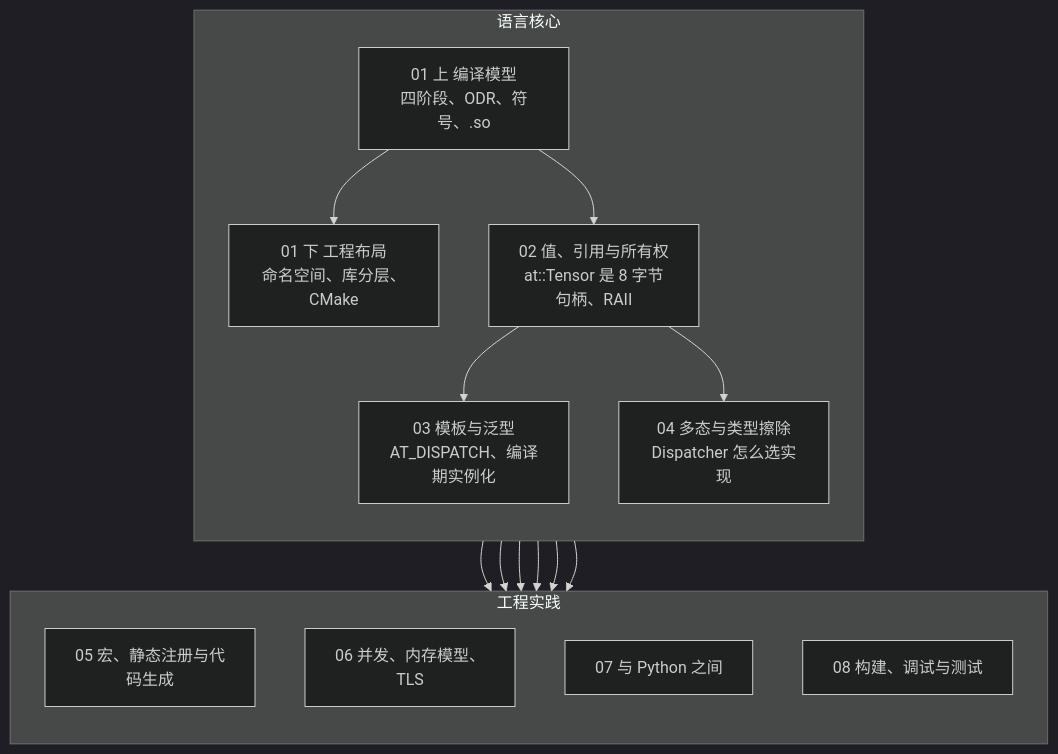
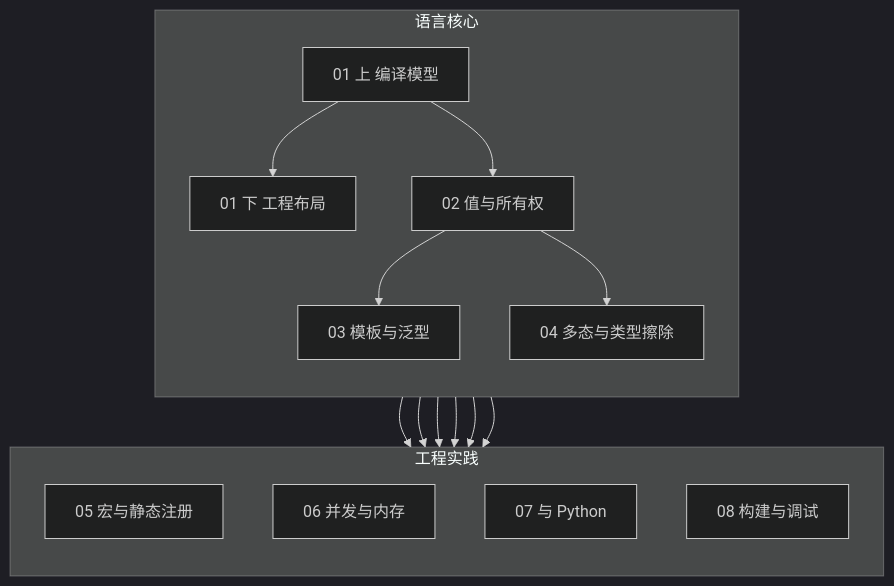
Before and after one commit to arganzheng/arganzheng.github.com: the first of 3 diagrams in slides/2026-02-15-cpp-for-ai-infra.md, drawn with Mermaid (dark theme). The commit also changed other lines of this file, not shown here.

Commit message:
slides/cpp-for-ai-infra: cut/shorten mermaid diagrams below 14px rendered text (check-render smalltext/overlap)

````diff
--- a/slides/2026-02-15-cpp-for-ai-infra.md
+++ b/slides/2026-02-15-cpp-for-ai-infra.md
@@ -31,22 +31,22 @@
 ```mermaid
 %%{init: {"flowchart": {"wrappingWidth": 150}}}%%
 flowchart TB
     subgraph L["语言核心"]
         direction TB
-        C1a["01 上 编译模型<br/>四阶段、ODR、符号、.so"] --> C1b["01 下 工程布局<br/>命名空间、库分层、CMake"]
-        C1a --> C2["02 值、引用与所有权<br/>at::Tensor 是 8 字节句柄、RAII"]
-        C2 --> C3["03 模板与泛型<br/>AT_DISPATCH、编译期实例化"]
-        C2 --> C4["04 多态与类型擦除<br/>Dispatcher 怎么选实现"]
+        C1a["01 上 编译模型"] --> C1b["01 下 工程布局"]
+        C1a --> C2["02 值与所有权"]
+        C2 --> C3["03 模板与泛型"]
+        C2 --> C4["04 多态与类型擦除"]
     end
     subgraph E["工程实践"]
         direction TB
-        C5["05 宏、静态注册与代码生成"]
-        C6["06 并发、内存模型、TLS"]
-        C7["07 与 Python 之间"]
-        C8["08 构建、调试与测试"]
+        C5["05 宏与静态注册"]
+        C6["06 并发与内存"]
+        C7["07 与 Python"]
+        C8["08 构建与调试"]
     end
     C3 & C4 --> C5
     C2 --> C6
     C2 & C4 --> C7
     C1a --> C8
 ```
````
